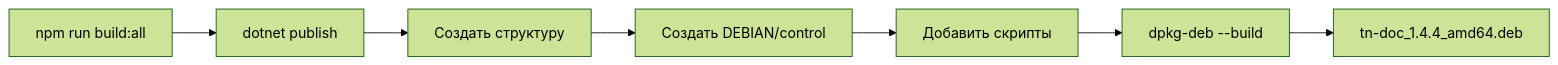
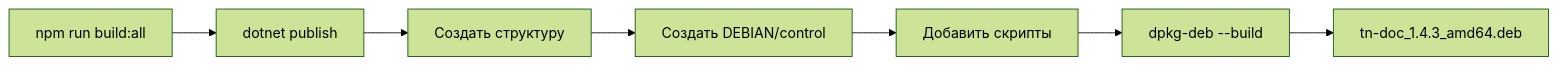
The second of 2 diagrams in docs/development/building.md (tn-ivk/tn-doc), drawn with Mermaid (forest theme) before and after one commit. The commit also changed other lines of this file and 5 other files, not shown here.

````diff
--- a/docs/development/building.md
+++ b/docs/development/building.md
@@ -350,9 +356,9 @@
 ```mermaid
 flowchart LR
     VueBuild[npm run build:all] --> Publish[dotnet publish]
     Publish --> Structure[Создать структуру]
     Structure --> Control[Создать DEBIAN/control]
     Control --> Scripts[Добавить скрипты]
     Scripts --> Build[dpkg-deb --build]
-    Build --> DEB[tn-doc_1.4.4_amd64.deb]
+    Build --> DEB[tn-doc_1.4.3_amd64.deb]
 ```
````
